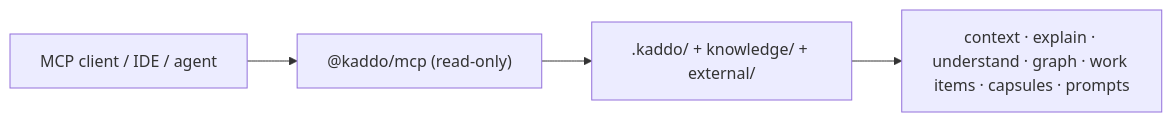
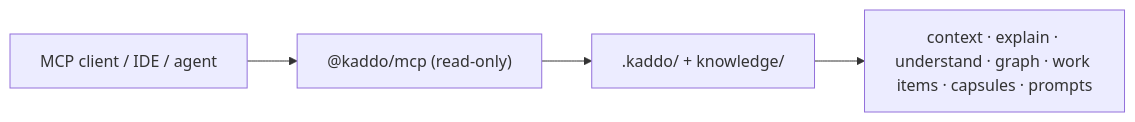
Before and after one commit to Kaddo-kdd/kaddo: diagram 20 of 28 in apps/docs/src/content/docs/visual-guide.md, drawn with Mermaid. The commit also changed 26 other files, not shown here.

First line of the commit message:
refactor: move external/ capsules under knowledge/external/ (3.102.0)

````diff
--- a/apps/docs/src/content/docs/visual-guide.md
+++ b/apps/docs/src/content/docs/visual-guide.md
@@ -427,6 +427,6 @@
 ```mermaid
 flowchart LR
     A["MCP client / IDE / agent"] --> M["@kaddo/mcp (read-only)"]
-    M --> K[".kaddo/ + knowledge/ + external/"]
+    M --> K[".kaddo/ + knowledge/"]
     K --> O["context · explain · understand · graph · work items · capsules · prompts"]
 ```
````
